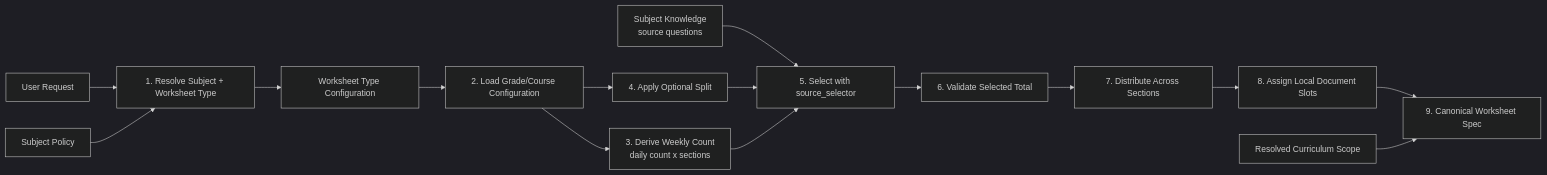
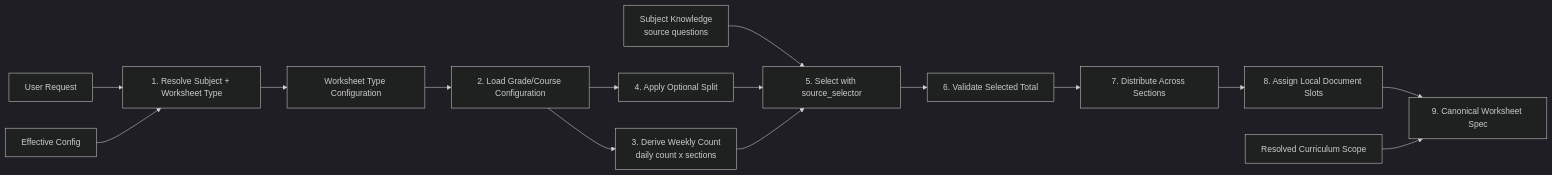
The third of 6 diagrams in specs/generate_math_worksheets/03. design/design.md (kpkchaitanya/mts-crossmodel), drawn with Mermaid (dark theme) before and after one commit. The commit also changed other lines of this file and 7 other files, not shown here.

````diff
--- a/specs/generate_math_worksheets/03. design/design.md
+++ b/specs/generate_math_worksheets/03. design/design.md
@@ -263,17 +263,17 @@
 ```mermaid
 flowchart LR
   REQ[User Request] --> ROUTE[1. Resolve Subject + Worksheet Type]
   ROUTE --> TYPE[Worksheet Type Configuration]
   TYPE --> GRADE[2. Load Grade/Course Configuration]
   GRADE --> COUNTS[3. Derive Weekly Count<br/>daily count x sections]
   GRADE --> SPLIT[4. Apply Optional Split]
   KNOW[Subject Knowledge<br/>source questions] --> SELECT[5. Select with source_selector]
   SPLIT --> SELECT
   COUNTS --> SELECT
   SELECT --> VALIDATE[6. Validate Selected Total]
   VALIDATE --> DISTRIBUTE[7. Distribute Across Sections]
   DISTRIBUTE --> SLOTS[8. Assign Local Document Slots]
   SLOTS --> SPEC[9. Canonical Worksheet Spec]
-  POLICY[Subject Policy] --> ROUTE
+  ECFG[Effective Config] --> ROUTE
   CURRICULUM[Resolved Curriculum Scope] --> SPEC
 ```
````
